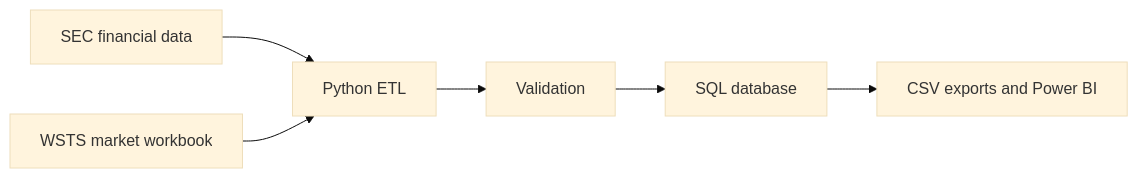
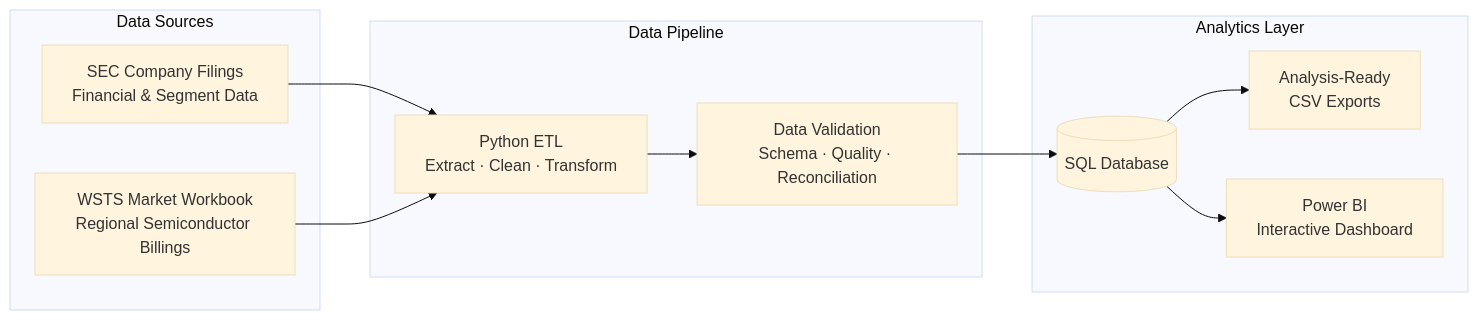
The diagram in README.md (YB-Yottabyte/chip-market-insights), drawn with Mermaid (base theme) before and after one commit. The commit also changed other lines of this file, not shown here.

Commit message:
Enhance README with WSTS workbook details and summary
Updated the README to clarify the WSTS market data workbook requirements and improved the data summary section.

````diff
--- a/README.md
+++ b/README.md
@@ -28,8 +27,25 @@
 ```mermaid
 flowchart LR
-    A[SEC financial data] --> C[Python ETL]
-    B[WSTS market workbook] --> C
-    C --> D[Validation]
-    D --> E[SQL database]
-    E --> F[CSV exports and Power BI]
+    subgraph Sources["Data Sources"]
+        A["SEC Company Filings<br/>Financial & Segment Data"]
+        B["WSTS Market Workbook<br/>Regional Semiconductor Billings"]
+    end
+
+    subgraph Pipeline["Data Pipeline"]
+        C["Python ETL<br/>Extract · Clean · Transform"]
+        D["Data Validation<br/>Schema · Quality · Reconciliation"]
+    end
+
+    subgraph Storage["Analytics Layer"]
+        E[("SQL Database")]
+        F["Analysis-Ready<br/>CSV Exports"]
+        G["Power BI<br/>Interactive Dashboard"]
+    end
+
+    A --> C
+    B --> C
+    C --> D
+    D --> E
+    E --> F
+    E --> G
 ```
````
